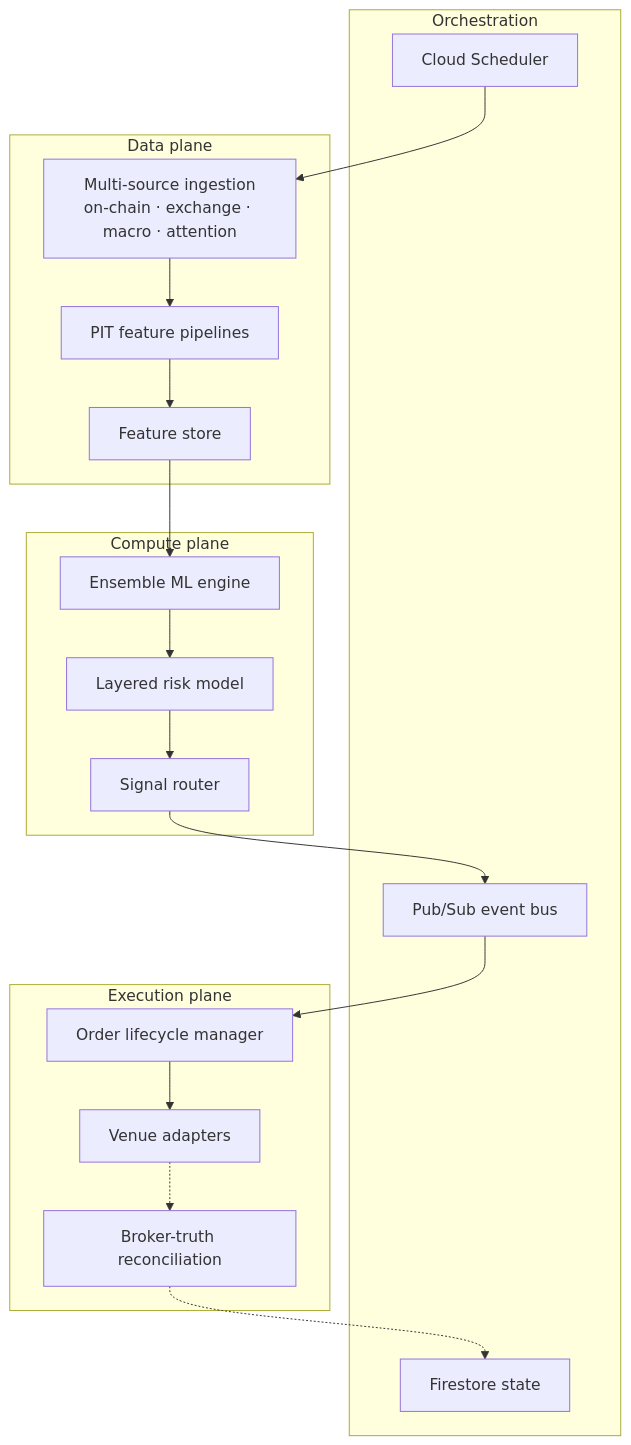
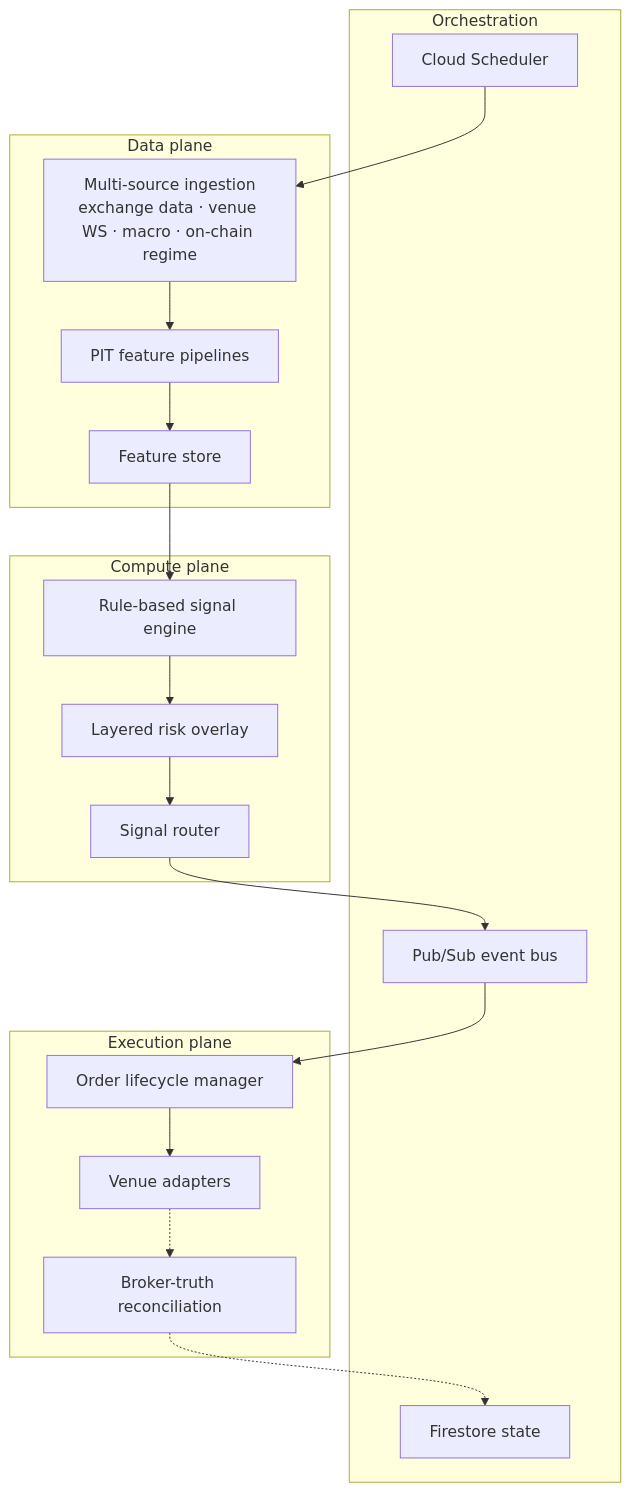
Before and after one commit to DisuzaQuantitative/Disuza-Quantitative: the diagram in docs/architecture.md, drawn with Mermaid. The commit also changed other lines of this file and 20 other files, not shown here.

````diff
--- a/docs/architecture.md
+++ b/docs/architecture.md
@@ -86,38 +94,38 @@
 ```mermaid
 graph TB
   subgraph Orchestration
     CS[Cloud Scheduler]
     PS[Pub/Sub event bus]
     FS[Firestore state]
   end
 
   subgraph "Data plane"
-    ING[Multi-source ingestion<br/>on-chain · exchange · macro · attention]
+    ING[Multi-source ingestion<br/>exchange data · venue WS · macro · on-chain regime]
     PIT[PIT feature pipelines]
     FS_STORE[Feature store]
   end
 
   subgraph "Compute plane"
-    ML[Ensemble ML engine]
-    RISK[Layered risk model]
+    ML[Rule-based signal engine]
+    RISK[Layered risk overlay]
     ROUTER[Signal router]
   end
 
   subgraph "Execution plane"
     ADAPT[Venue adapters]
     LIFE[Order lifecycle manager]
     RECON[Broker-truth reconciliation]
   end
 
   CS --> ING
   ING --> PIT
   PIT --> FS_STORE
   FS_STORE --> ML
   ML --> RISK
   RISK --> ROUTER
   ROUTER --> PS
   PS --> LIFE
   LIFE --> ADAPT
   ADAPT -.-> RECON
   RECON -.-> FS
 ```
````
